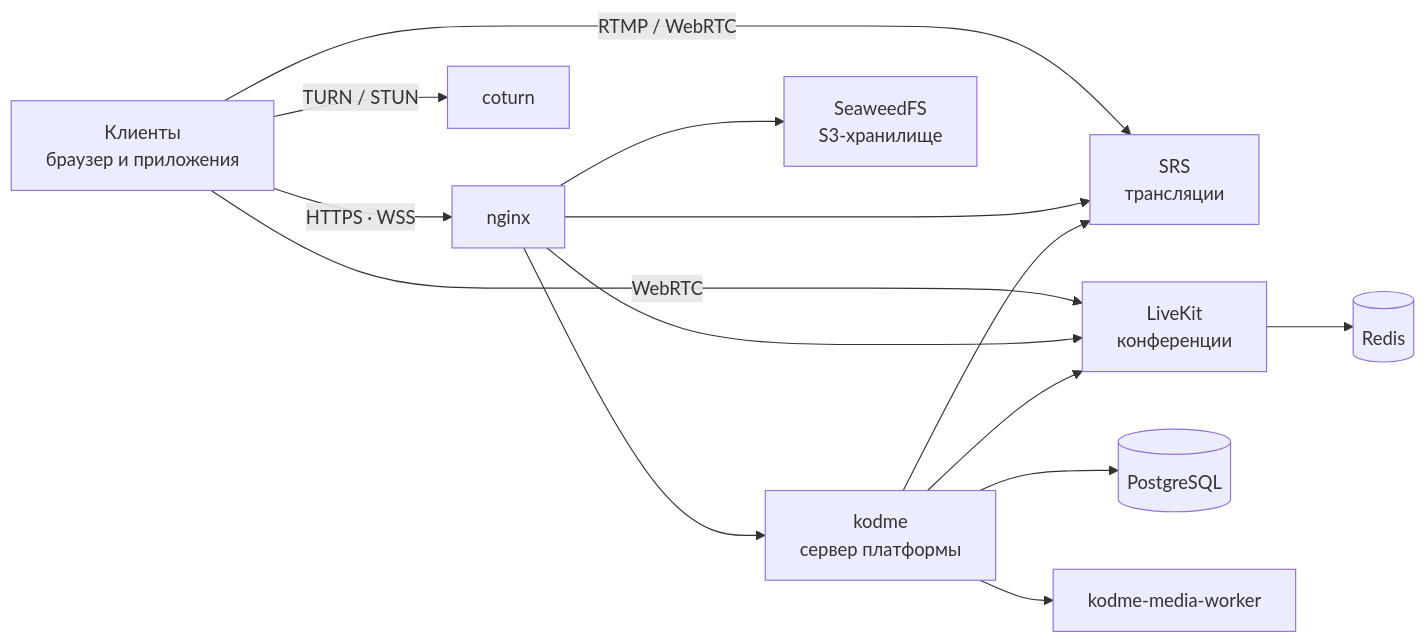
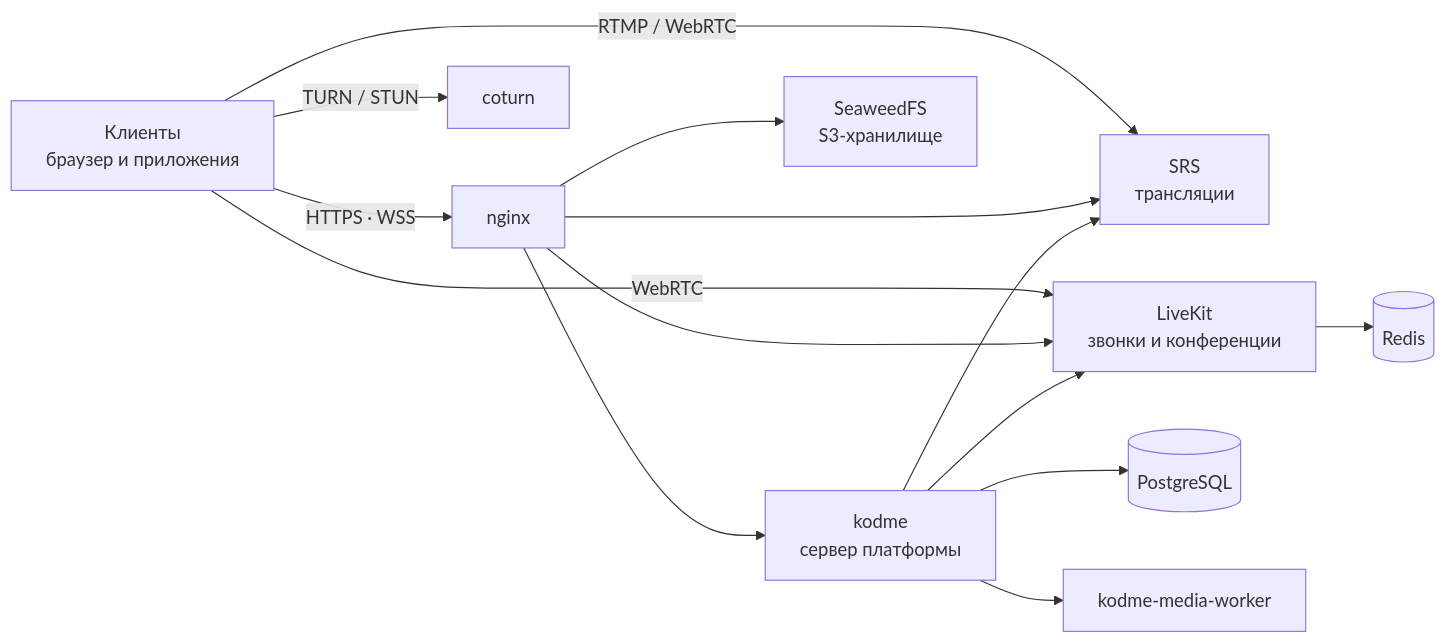
The diagram in README.md (bukreevlad/kodme), drawn with Mermaid before and after one commit. The commit also changed other lines of this file and 14 other files, not shown here.

````diff
--- a/README.md
+++ b/README.md
@@ -96,18 +105,18 @@
 ```mermaid
 graph LR
     C[Клиенты<br/>браузер и приложения] -->|HTTPS · WSS| N[nginx]
     C -->|RTMP / WebRTC| SRS[SRS<br/>трансляции]
-    C -->|WebRTC| LK[LiveKit<br/>конференции]
+    C -->|WebRTC| LK[LiveKit<br/>звонки и конференции]
     C -->|TURN / STUN| TURN[coturn]
 
     N --> K[kodme<br/>сервер платформы]
     N --> S3[SeaweedFS<br/>S3-хранилище]
     N --> LK
     N --> SRS
 
     K --> DB[(PostgreSQL)]
     K --> MW[kodme-media-worker]
     K --> LK
     K --> SRS
     LK --> R[(Redis)]
 ```
````
